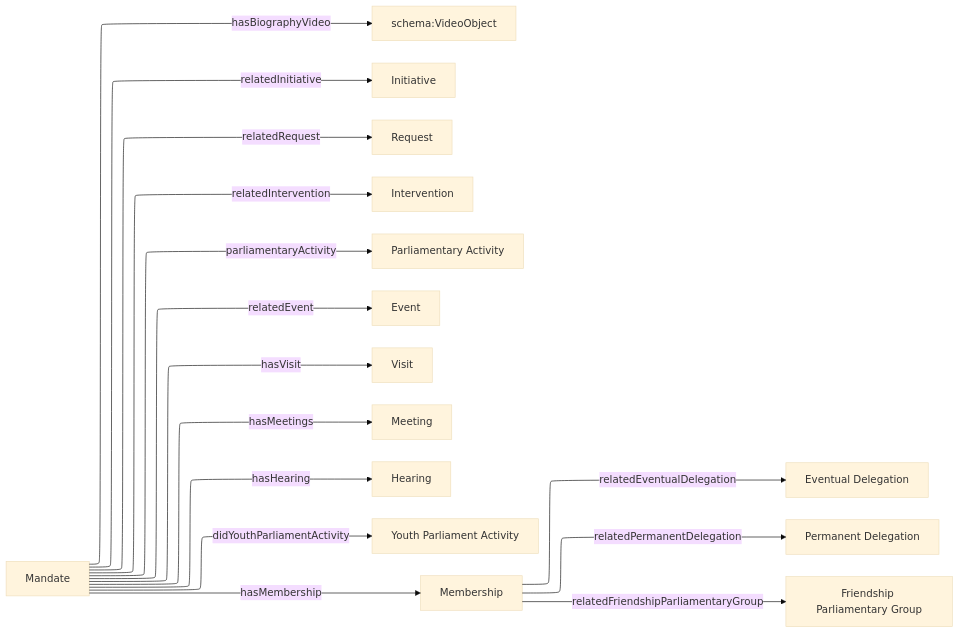
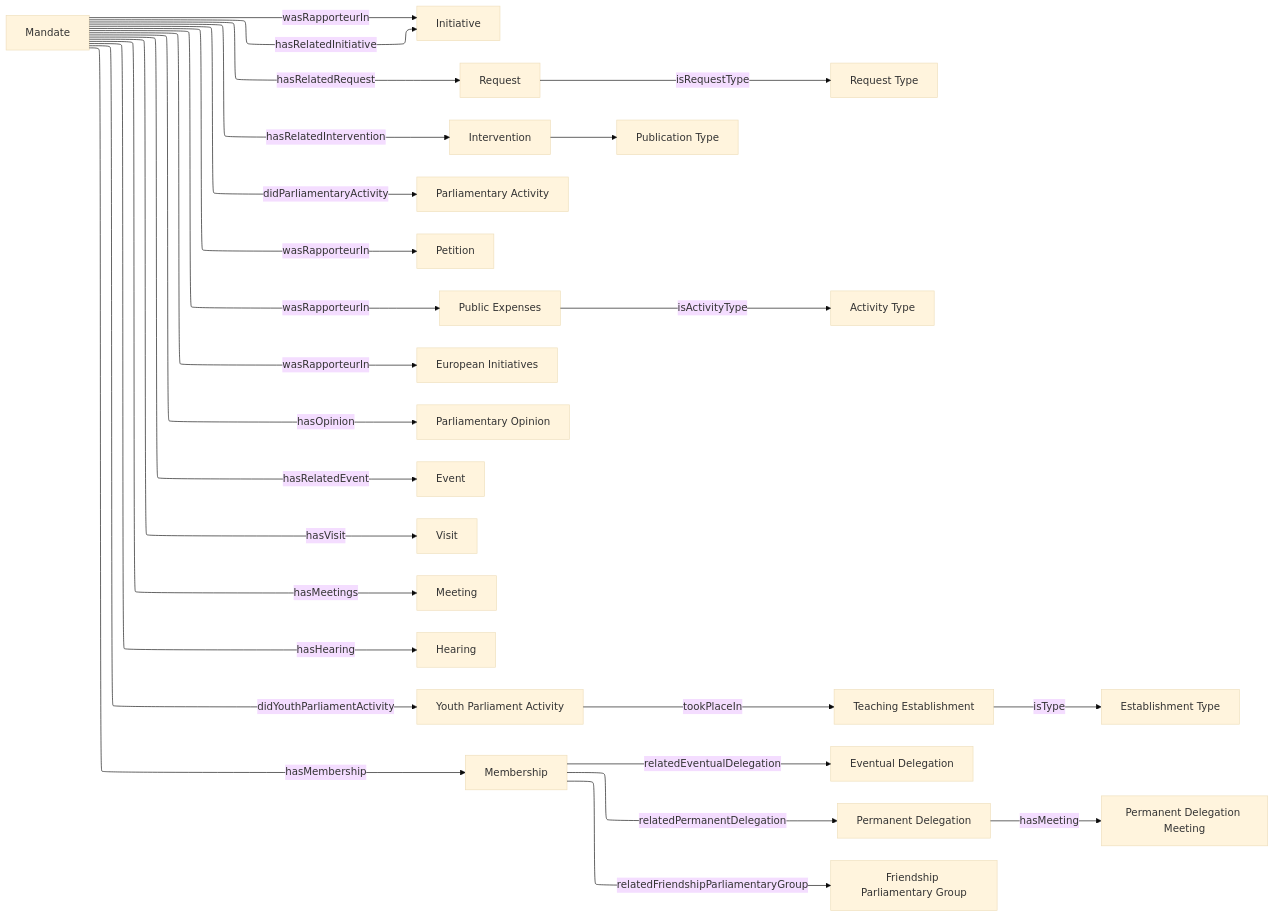
One commit to Kaankzlyar/orwell-generalized changed the diagram in docs/parliamentaryactivity/diagrams/mandate.mermaid. Above: the diagram before and after it, drawn with Mermaid (base theme). The commit also changed other lines of this file and 4 other files, not shown here.

```diff
--- a/docs/parliamentaryactivity/diagrams/mandate.mermaid
+++ b/docs/parliamentaryactivity/diagrams/mandate.mermaid
@@ -1,19 +1,26 @@
 ---
 config:
   layout: elk
 ---
 flowchart LR
-    Mandate["Mandate"] -- hasBiographyVideo --> Vid["schema:VideoObject"]
-    Mandate["Mandate"] -- relatedInitiative --> Ini["Initiative"]
-    Mandate["Mandate"] -- relatedRequest --> Req["Request"]
-    Mandate["Mandate"] -- relatedIntervention --> Interv["Intervention"]
-    Mandate["Mandate"] -- parliamentaryActivity --> PAct["Parliamentary Activity"]
-    Mandate["Mandate"] -- relatedEvent --> Event["Event"]
-    Mandate["Mandate"] -- hasVisit --> Visit["Visit"]
-    Mandate["Mandate"] -- hasMeetings --> Meet["Meeting"]
-    Mandate["Mandate"] -- hasHearing --> Hear["Hearing"]
-    Mandate["Mandate"] -- didYouthParliamentActivity --> YPA["Youth Parliament Activity"]
-    Mandate["Mandate"] -- hasMembership --> Mem["Membership"]
-    Mem["Membership"] -- relatedEventualDelegation --> DelE["Eventual Delegation"]
-    Mem["Membership"] -- relatedPermanentDelegation --> DelP["Permanent Delegation"]
-    Mem["Membership"] -- relatedFriendshipParliamentaryGroup --> FPG["Friendship Parliamentary Group"]
+    Mandate["Mandate"] -- hasRelatedInitiative --> Ini["Initiative"]
+    Mandate -- hasRelatedRequest --> Req["Request"]
+    Req -- isRequestType --> reqtype["Request Type"]
+    Mandate -- hasRelatedIntervention --> Interv["Intervention"]
+    Interv --> hasPublicationType["Publication Type"]
+    Mandate -- didParliamentaryActivity --> PAct["Parliamentary Activity"]
+    Mandate -- wasRapporteurIn --> Ini & Pet["Petition"] & PE["Public Expenses"] & EUINI["European Initiatives"]
+    PE -- isActivityType --> ActType["Activity Type"]
+    Mandate -- hasOpinion --> Opi["Parliamentary Opinion"]
+    Mandate -- hasRelatedEvent --> Event["Event"]
+    Mandate -- hasVisit --> Visit["Visit"]
+    Mandate -- hasMeetings --> Meet["Meeting"]
+    Mandate -- hasHearing --> Hear["Hearing"]
+    Mandate -- didYouthParliamentActivity --> YPA["Youth Parliament Activity"]
+    YPA -- tookPlaceIn --> TeaEs["Teaching Establishment"]
+    TeaEs -- isType --> EsType["Establishment Type"]
+    Mandate -- hasMembership --> Mem["Membership"]
+    Mem -- relatedEventualDelegation --> DelE["Eventual Delegation"]
+    Mem -- relatedPermanentDelegation --> DelP["Permanent Delegation"]
+    Mem -- relatedFriendshipParliamentaryGroup --> FPG["Friendship Parliamentary Group"]
+    DelP -- hasMeeting --> DelPM["Permanent Delegation Meeting"]
```
